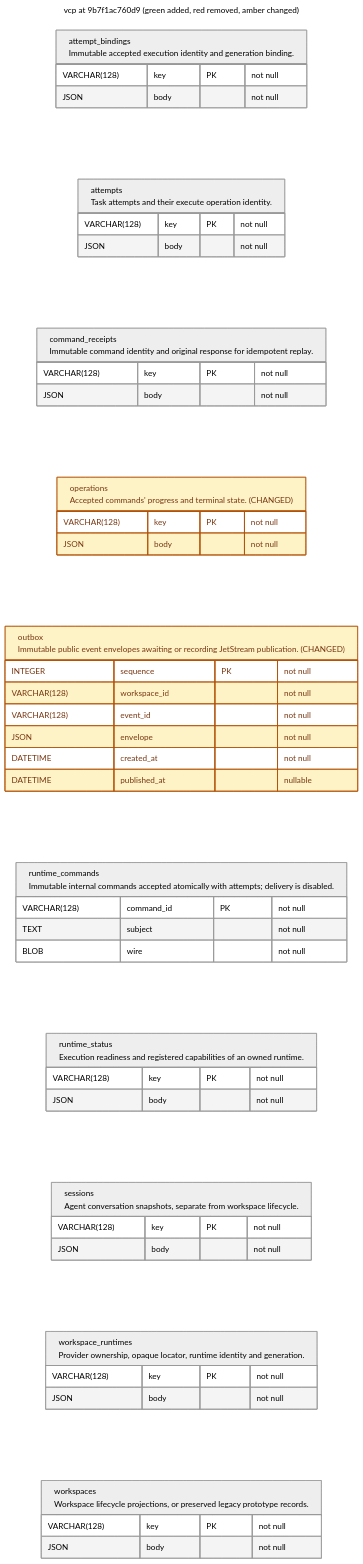
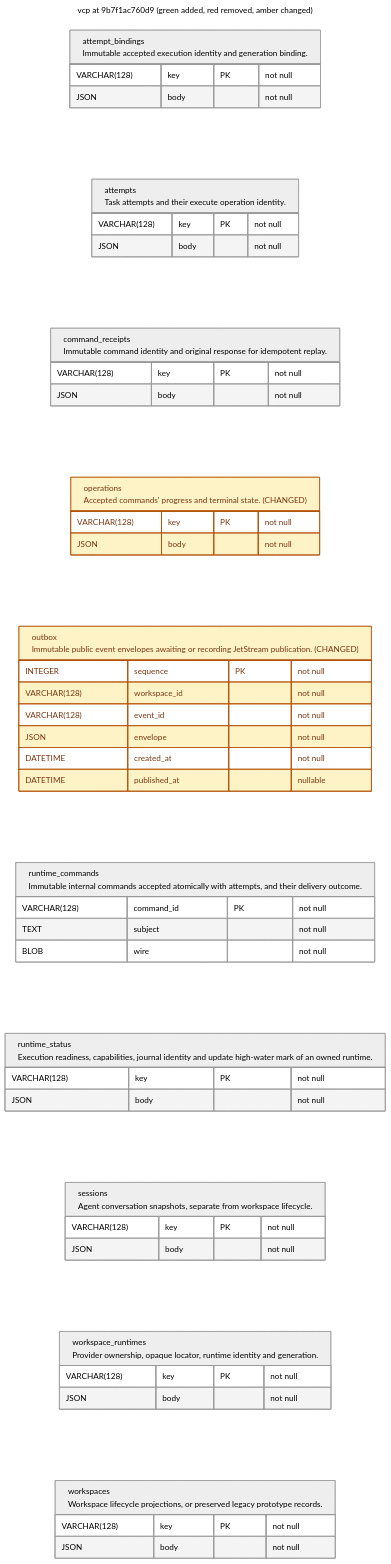
The diagram in v2/docs/schema/vcp/9b7f1ac760d9.mermaid (OpenEngine/OpenEngine), drawn with Mermaid before and after one commit. The commit also changed 41 other files, not shown here.

```diff
--- a/v2/docs/schema/vcp/9b7f1ac760d9.mermaid
+++ b/v2/docs/schema/vcp/9b7f1ac760d9.mermaid
@@ -1,60 +1,60 @@
 ---
 title: vcp at 9b7f1ac760d9 (green added, red removed, amber changed)
 config:
   theme: neutral
 ---
 erDiagram
     direction LR
     %% REMOVED tables/columns are tombstones, absent from this revision's schema.
     %% Column changes include type, nullability, default and key membership.
     %% Table changes also include indexes and constraints.
     classDef added fill:#dcfce7,stroke:#15803d,color:#14532d
     classDef removed fill:#fee2e2,stroke:#b91c1c,color:#7f1d1d
     classDef changed fill:#fef3c7,stroke:#b45309,color:#78350f
     attempt_bindings["attempt_bindings<br/>Immutable accepted execution identity and generation binding."] {
         VARCHAR(128) key PK "not null"
         JSON body "not null"
     }
     attempts["attempts<br/>Task attempts and their execute operation identity."] {
         VARCHAR(128) key PK "not null"
         JSON body "not null"
     }
     command_receipts["command_receipts<br/>Immutable command identity and original response for idempotent replay."] {
         VARCHAR(128) key PK "not null"
         JSON body "not null"
     }
     operations["operations<br/>Accepted commands' progress and terminal state. (CHANGED)"] {
         VARCHAR(128) key PK "not null"
         JSON body "not null"
     }
     class operations changed
     outbox["outbox<br/>Immutable public event envelopes awaiting or recording JetStream publication. (CHANGED)"] {
         INTEGER sequence PK "not null"
         VARCHAR(128) workspace_id "not null"
         VARCHAR(128) event_id "not null"
         JSON envelope "not null"
         DATETIME created_at "not null"
         DATETIME published_at "nullable"
     }
     class outbox changed
-    runtime_commands["runtime_commands<br/>Immutable internal commands accepted atomically with attempts; delivery is disabled."] {
+    runtime_commands["runtime_commands<br/>Immutable internal commands accepted atomically with attempts, and their delivery outcome."] {
         VARCHAR(128) command_id PK "not null"
         TEXT subject "not null"
         BLOB wire "not null"
     }
-    runtime_status["runtime_status<br/>Execution readiness and registered capabilities of an owned runtime."] {
+    runtime_status["runtime_status<br/>Execution readiness, capabilities, journal identity and update high-water mark of an owned runtime."] {
         VARCHAR(128) key PK "not null"
         JSON body "not null"
     }
     sessions["sessions<br/>Agent conversation snapshots, separate from workspace lifecycle."] {
         VARCHAR(128) key PK "not null"
         JSON body "not null"
     }
     workspace_runtimes["workspace_runtimes<br/>Provider ownership, opaque locator, runtime identity and generation."] {
         VARCHAR(128) key PK "not null"
         JSON body "not null"
     }
     workspaces["workspaces<br/>Workspace lifecycle projections, or preserved legacy prototype records."] {
         VARCHAR(128) key PK "not null"
         JSON body "not null"
     }
```
